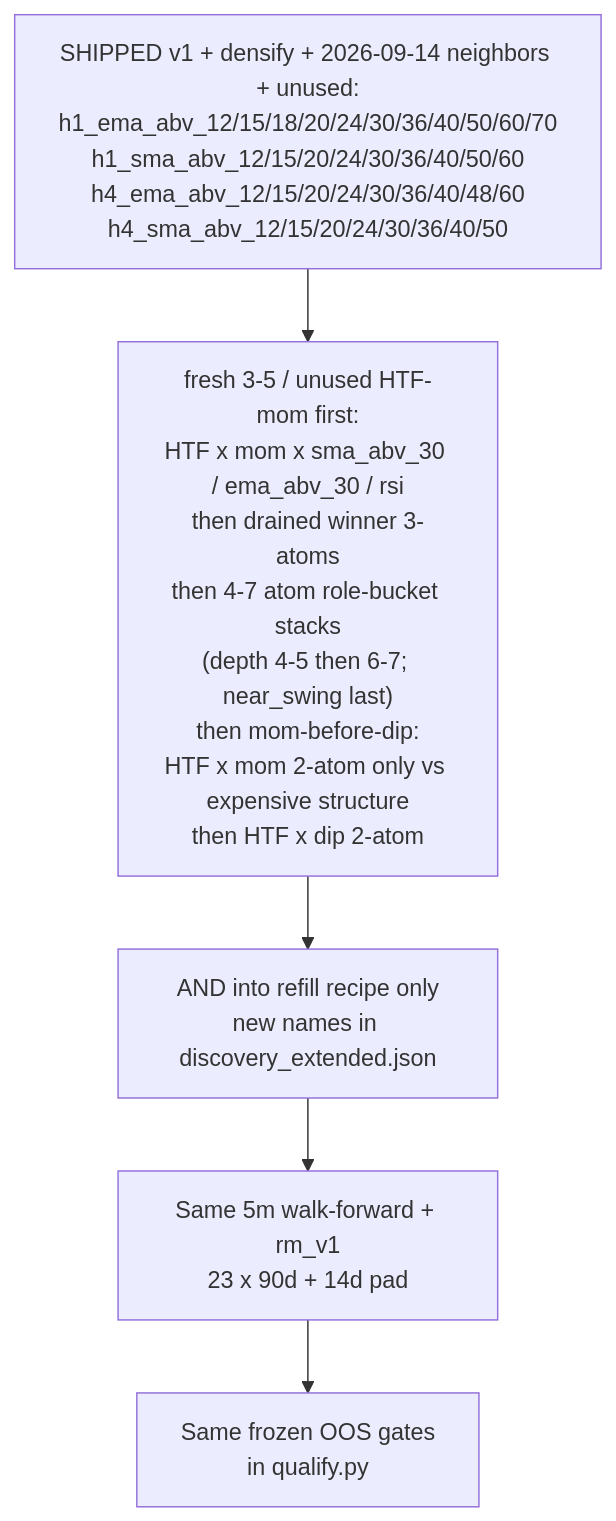
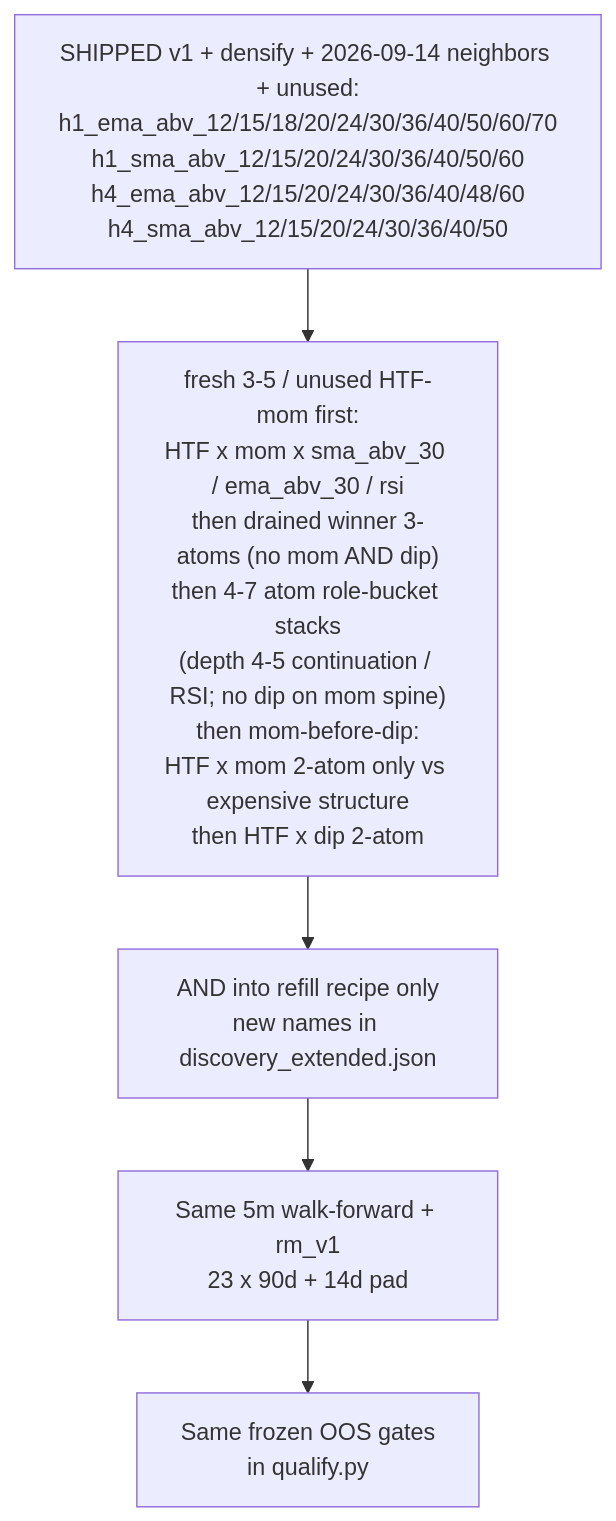
One commit to Runemark7/paper-trading-bot changed the third of 3 diagrams in docs/WORKFLOW.md. Above: the diagram before and after it, drawn with Mermaid. The commit also changed other lines of this file and 6 other files, not shown here.

First line of the commit message:
feat(discovery): never mint mom∧dip stacks

````diff
--- a/docs/WORKFLOW.md
+++ b/docs/WORKFLOW.md
@@ -181,10 +184,10 @@
 ```mermaid
 flowchart TB
   shipped["SHIPPED v1 + densify + 2026-09-14 neighbors + unused:\nh1_ema_abv_12/15/18/20/24/30/36/40/50/60/70\nh1_sma_abv_12/15/20/24/30/36/40/50/60\nh4_ema_abv_12/15/20/24/30/36/40/48/60\nh4_sma_abv_12/15/20/24/30/36/40/50"]
-  order["fresh 3-5 / unused HTF-mom first:\nHTF x mom x sma_abv_30 / ema_abv_30 / rsi\nthen drained winner 3-atoms\nthen 4-7 atom role-bucket stacks\n(depth 4-5 then 6-7; near_swing last)\nthen mom-before-dip:\nHTF x mom 2-atom only vs expensive structure\nthen HTF x dip 2-atom"]
+  order["fresh 3-5 / unused HTF-mom first:\nHTF x mom x sma_abv_30 / ema_abv_30 / rsi\nthen drained winner 3-atoms (no mom AND dip)\nthen 4-7 atom role-bucket stacks\n(depth 4-5 continuation / RSI; no dip on mom spine)\nthen mom-before-dip:\nHTF x mom 2-atom only vs expensive structure\nthen HTF x dip 2-atom"]
   mintOnly["AND into refill recipe only\nnew names in discovery_extended.json"]
   sameEval["Same 5m walk-forward + rm_v1\n23 x 90d + 14d pad"]
   sameGate["Same frozen OOS gates\nin qualify.py"]
 
   shipped --> order --> mintOnly --> sameEval --> sameGate
 ```
````
